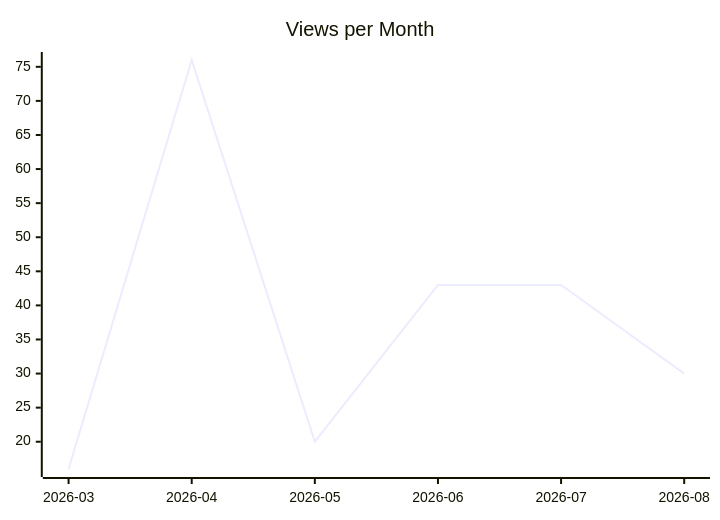
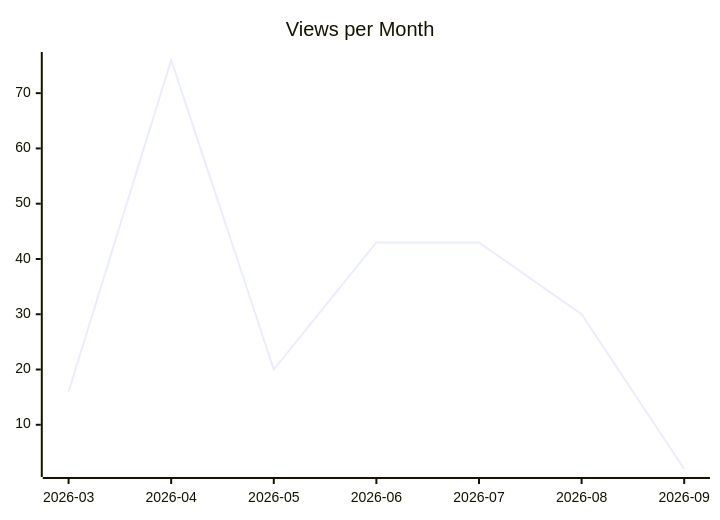
One commit to justdavis-family/github-analytics-data changed the second of 3 diagrams in karlmdavis/ksoap2-android/README.md. Above: the diagram before and after it, drawn with Mermaid. The commit also changed other lines of this file and 191 other files, not shown here.

````diff
--- a/karlmdavis/ksoap2-android/README.md
+++ b/karlmdavis/ksoap2-android/README.md
@@ -12,6 +12,6 @@
 ```mermaid
 xychart-beta
   title "Views per Month"
-  x-axis ["2026-03", "2026-04", "2026-05", "2026-06", "2026-07", "2026-08"]
-  line [16, 76, 20, 43, 43, 30]
+  x-axis ["2026-03", "2026-04", "2026-05", "2026-06", "2026-07", "2026-08", "2026-09"]
+  line [16, 76, 20, 43, 43, 30, 2]
 ```
````
